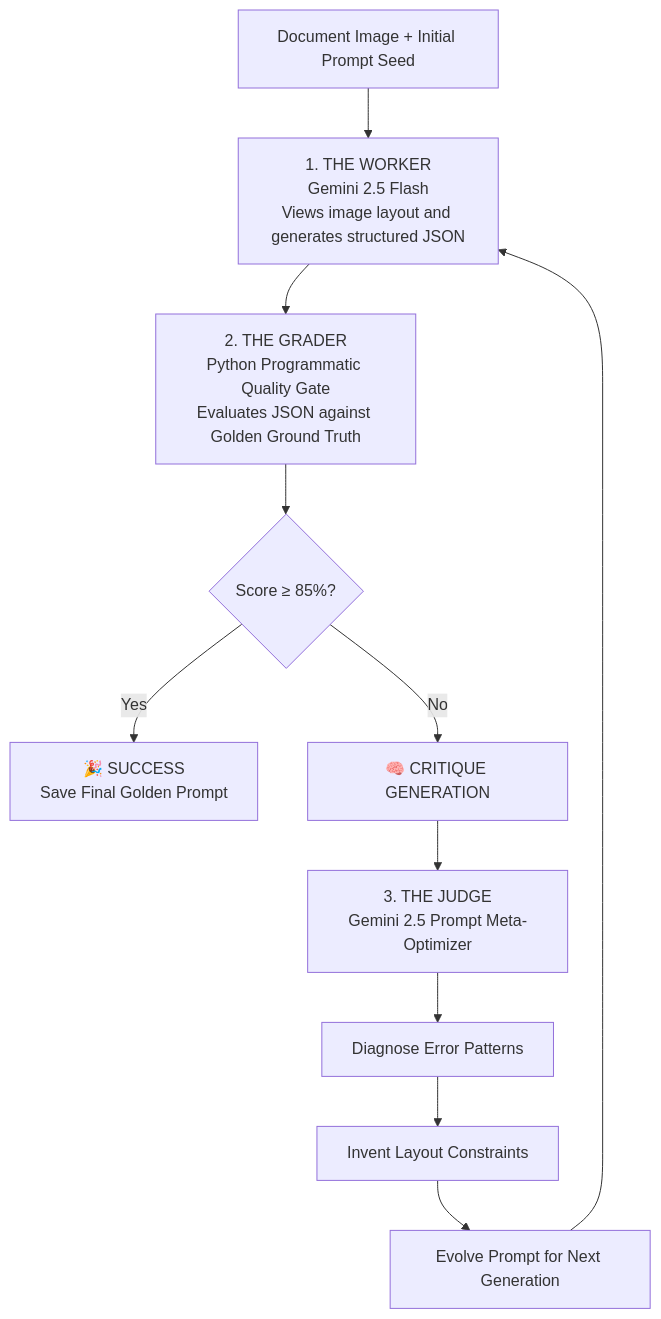
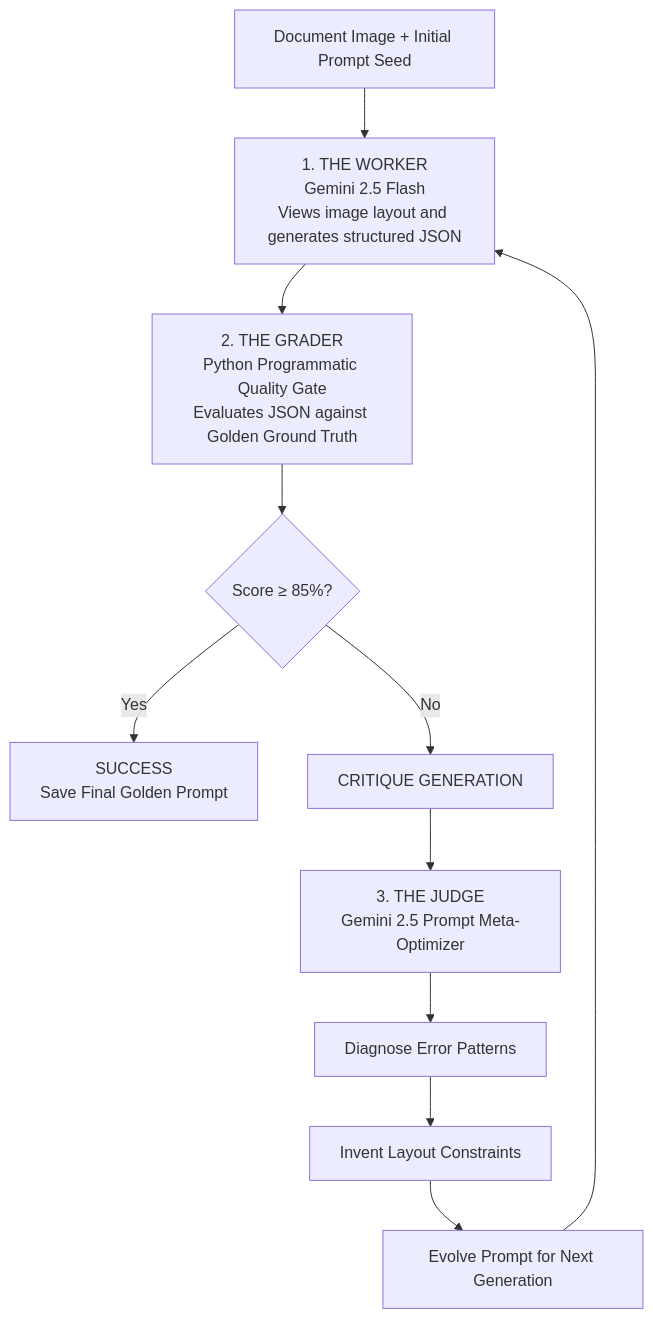
The diagram in README.md (yhlien1221/gemini-prompt-evolution-form-parser), drawn with Mermaid before and after one commit. The commit also changed other lines of this file, not shown here.

Commit message:
update readme file

````diff
--- a/README.md
+++ b/README.md
@@ -21,25 +21,25 @@
 ```mermaid
 flowchart TD
 
     A[Document Image + Initial Prompt Seed]
 
     A --> B[1. THE WORKER<br/>Gemini 2.5 Flash<br/>Views image layout and generates structured JSON]
 
     B --> C[2. THE GRADER<br/>Python Programmatic Quality Gate<br/>Evaluates JSON against Golden Ground Truth]
 
     C --> D{Score ≥ 85%?}
 
-    D -->|Yes| E[🎉 SUCCESS<br/>Save Final Golden Prompt]
+    D -->|Yes| E[SUCCESS<br/>Save Final Golden Prompt]
 
-    D -->|No| F[🧠 CRITIQUE GENERATION]
+    D -->|No| F[CRITIQUE GENERATION]
 
     F --> G[3. THE JUDGE<br/>Gemini 2.5 Prompt Meta-Optimizer]
 
     G --> H[Diagnose Error Patterns]
 
     H --> I[Invent Layout Constraints]
 
     I --> J[Evolve Prompt for Next Generation]
 
     J --> B
 ```
````
